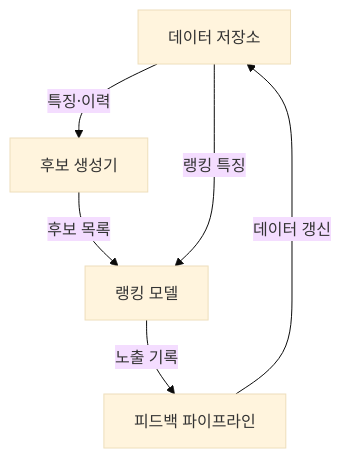
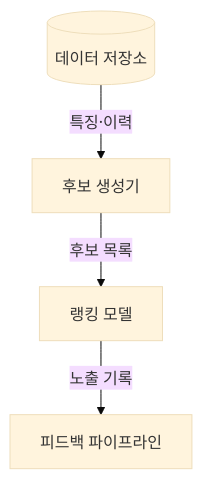
The first of 3 diagrams in src/content/docs/notes/01-basic-theory/054_recommendation_system.md (agnusdei1207/knowledge-base), drawn with Mermaid (base theme) before and after one commit. The commit also changed other lines of this file and 22 other files, not shown here.

````diff
--- a/src/content/docs/notes/01-basic-theory/054_recommendation_system.md
+++ b/src/content/docs/notes/01-basic-theory/054_recommendation_system.md
@@ -60,8 +60,10 @@
 ```mermaid
 flowchart TB
-    D[데이터 저장소] -->|특징·이력| C[후보 생성기]
-    C -->|후보 목록| R[랭킹 모델]
-    D -->|랭킹 특징| R
-    R -->|노출 기록| P[피드백 파이프라인]
-    P -->|데이터 갱신| D
+    D[(데이터 저장소)]
+    C[후보 생성기]
+    R[랭킹 모델]
+    P[피드백 파이프라인]
+    D -->|특징·이력| C
+    C -->|후보 목록| R
+    R -->|노출 기록| P
 ```
````
